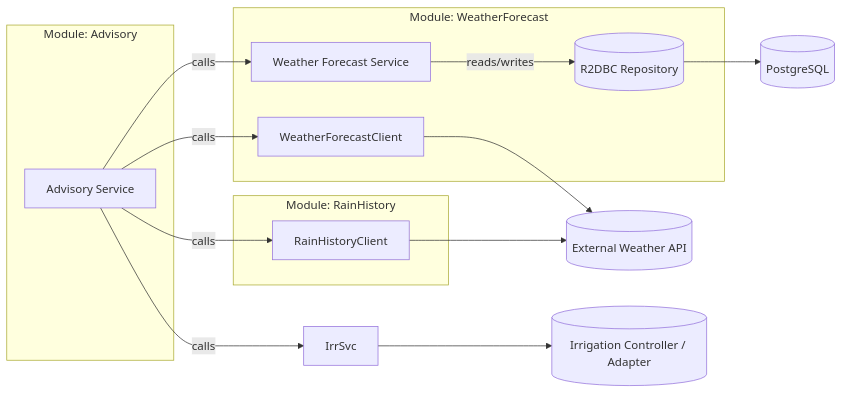
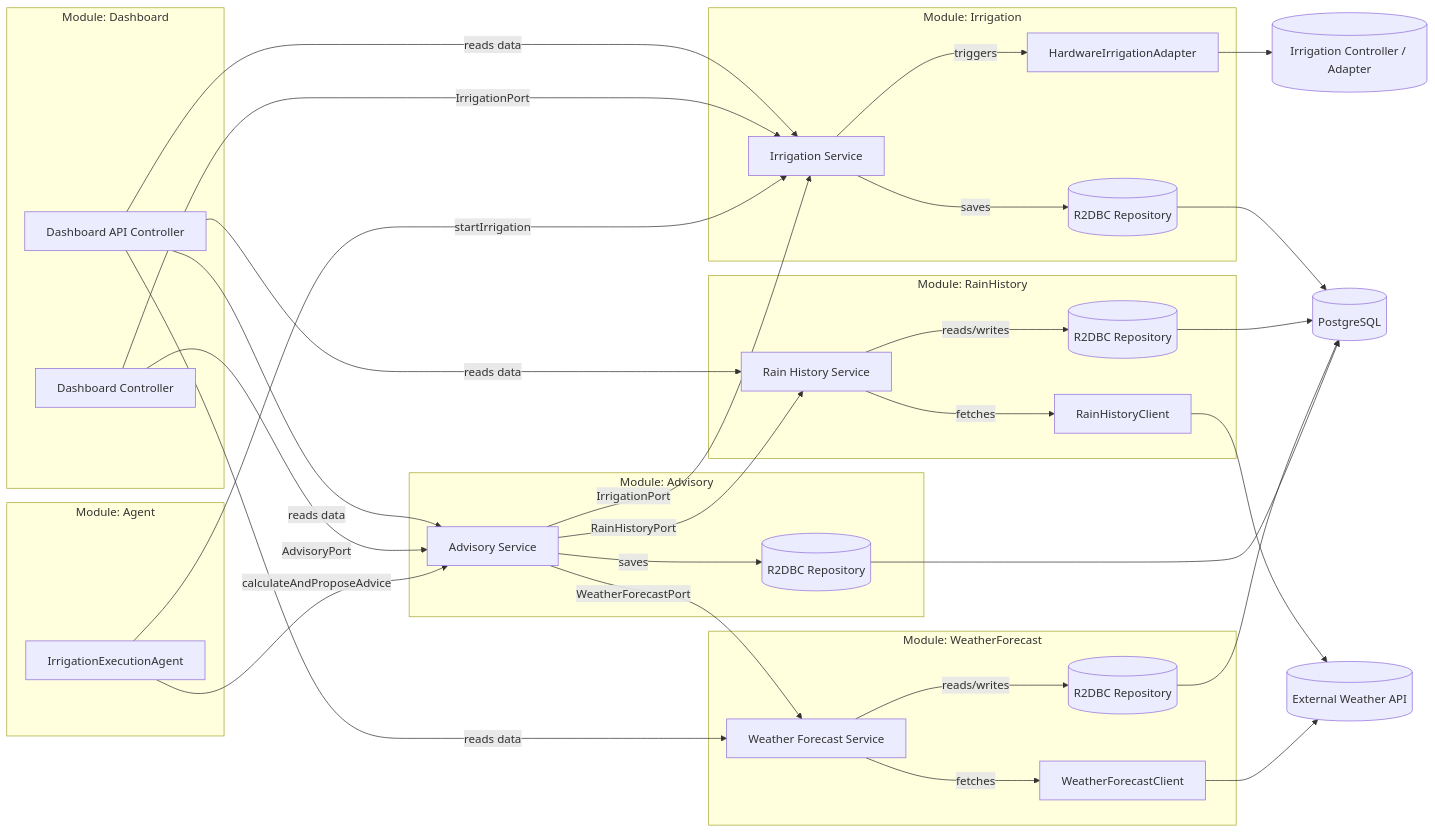
Before and after one commit to robbertvdzon/irrigationagent: the diagram in docs/architecture/c4-overview.mmd, drawn with Mermaid. The commit also changed 3 other files, not shown here.

```diff
--- a/docs/architecture/c4-overview.mmd
+++ b/docs/architecture/c4-overview.mmd
@@ -1,38 +1,75 @@
 flowchart LR
 %% External systems
     WeatherAPI[(External Weather API)]
     IrrigationHw[(Irrigation Controller / Adapter)]
     DB[(PostgreSQL)]
 
 %% Modules (as subgraphs)
+    subgraph Agent["Module: Agent"]
+        AgentSvc[IrrigationExecutionAgent]
+    end
+
     subgraph Advisory["Module: Advisory"]
         AdvSvc[Advisory Service]
+        AdvRepo[(R2DBC Repository)]
     end
 
     subgraph WeatherForecast["Module: WeatherForecast"]
         WfSvc[Weather Forecast Service]
         WfRepo[(R2DBC Repository)]
         WfClient[WeatherForecastClient]
     end
 
     subgraph RainHistory["Module: RainHistory"]
+        RhSvc[Rain History Service]
+        RhRepo[(R2DBC Repository)]
         RhClient[RainHistoryClient]
     end
 
+    subgraph Irrigation["Module: Irrigation"]
+        IrrSvc[Irrigation Service]
+        IrrRepo[(R2DBC Repository)]
+        IrrHw[HardwareIrrigationAdapter]
+    end
 
+    subgraph Dashboard["Module: Dashboard"]
+        DashCtrl[Dashboard Controller]
+        DashApi[Dashboard API Controller]
+    end
 
-%% Direct calls (solid)
-    AdvSvc -->|calls| WfSvc
+%% Agent triggers
+    AgentSvc -->|calculateAndProposeAdvice| AdvSvc
+    AgentSvc -->|startIrrigation| IrrSvc
+
+%% Advisory calls via Ports
+    AdvSvc -->|WeatherForecastPort| WfSvc
+    AdvSvc -->|RainHistoryPort| RhSvc
+    AdvSvc -->|IrrigationPort| IrrSvc
+    AdvSvc -->|saves| AdvRepo
+    AdvRepo --> DB
+
+%% WeatherForecast internals
     WfSvc -->|reads/writes| WfRepo
+    WfSvc -->|fetches| WfClient
     WfRepo --> DB
-
-    AdvSvc -->|calls| WfClient
     WfClient --> WeatherAPI
 
-    AdvSvc -->|calls| RhClient
+%% RainHistory internals
+    RhSvc -->|reads/writes| RhRepo
+    RhSvc -->|fetches| RhClient
+    RhRepo --> DB
     RhClient --> WeatherAPI
 
+%% Irrigation internals
+    IrrSvc -->|saves| IrrRepo
+    IrrSvc -->|triggers| IrrHw
+    IrrRepo --> DB
+    IrrHw --> IrrigationHw
 
-%% Execution
-    AdvSvc -->|calls| IrrSvc
-    IrrSvc --> IrrigationHw
+%% Dashboard
+    DashCtrl -->|AdvisoryPort| AdvSvc
+    DashCtrl -->|IrrigationPort| IrrSvc
+    DashApi -->|reads data| AdvSvc
+    DashApi -->|reads data| WfSvc
+    DashApi -->|reads data| RhSvc
+    DashApi -->|reads data| IrrSvc
```
